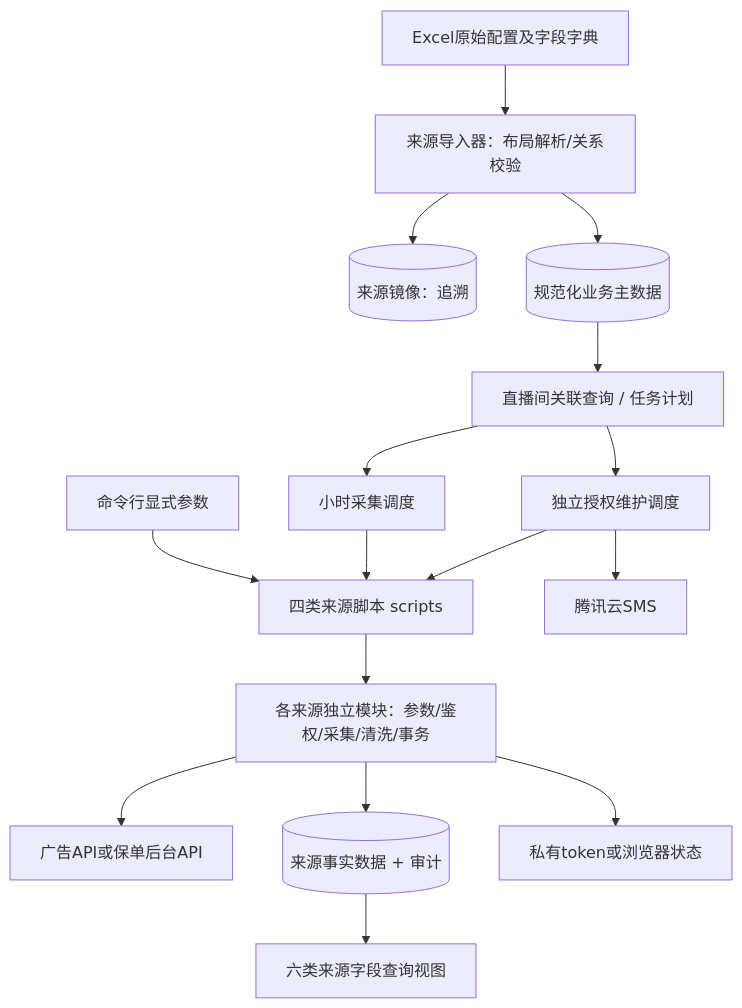
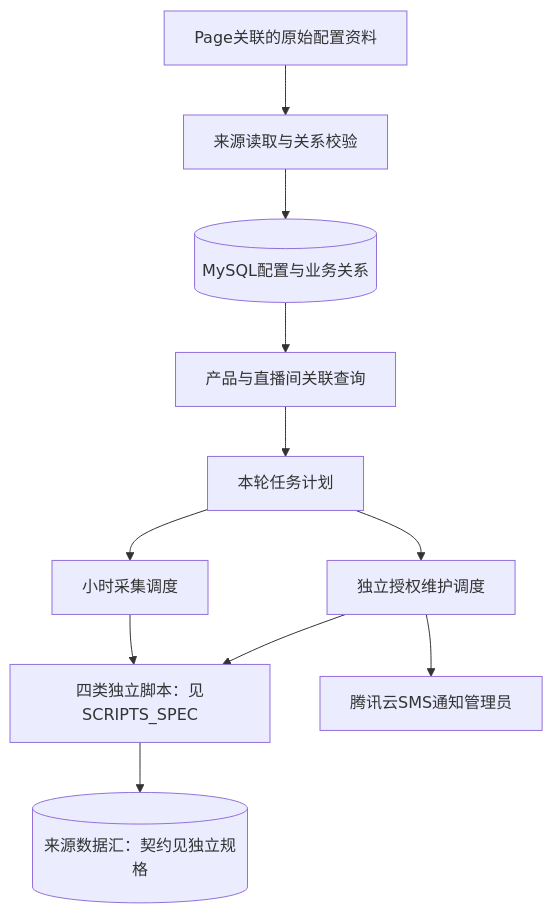
Before and after one commit to OnfireMrHuang/staffhub: the first of 4 diagrams in live_data_design/SPEC.md, drawn with Mermaid. The commit also changed other lines of this file and 33 other files, not shown here.

````diff
--- a/live_data_design/SPEC.md
+++ b/live_data_design/SPEC.md
@@ -23,18 +23,13 @@
 ```mermaid
 flowchart TB
-    X[Excel原始配置及字段字典] --> I[来源导入器：布局解析/关系校验]
-    I --> S[(来源镜像：追溯)]
-    I --> C[(规范化业务主数据)]
-    C --> V[直播间关联查询 / 任务计划]
-    V --> J[小时采集调度]
-    V --> A[独立授权维护调度]
-    M[命令行显式参数] --> E[四类来源脚本 scripts]
-    J --> E
-    A --> E
-    E --> U[各来源独立模块：参数/鉴权/采集/清洗/事务]
-    U --> O[广告API或保单后台API]
-    U --> F[(来源事实数据 + 审计)]
-    U --> K[私有token或浏览器状态]
-    A --> N[腾讯云SMS]
-    F --> Q[六类来源字段查询视图]
+    P[Page关联的原始配置资料] --> I[来源读取与关系校验]
+    I --> M[(MySQL配置与业务关系)]
+    M --> V[产品与直播间关联查询]
+    V --> T[本轮任务计划]
+    T --> C[小时采集调度]
+    T --> A[独立授权维护调度]
+    C --> S[四类独立脚本：见SCRIPTS_SPEC]
+    A --> S
+    S --> D[(来源数据汇：契约见独立规格)]
+    A --> N[腾讯云SMS通知管理员]
 ```
````
